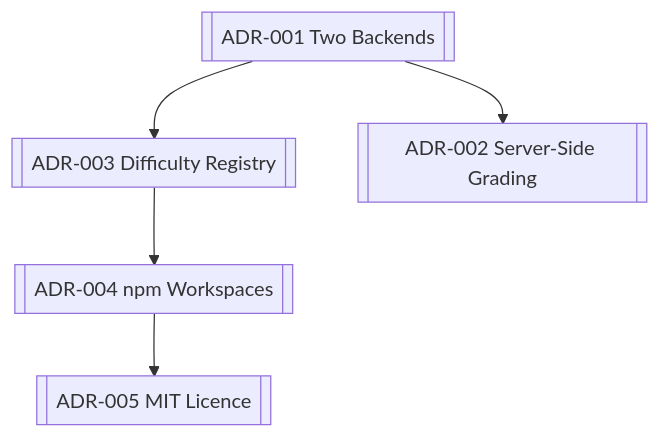
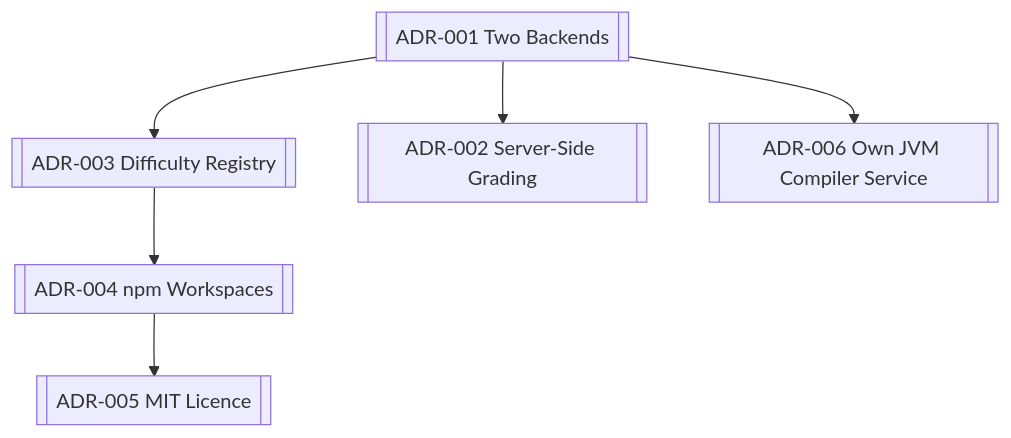
One commit to bighnesh0007/dwcode changed the diagram in docs/vault/Decisions.md. Above: the diagram before and after it, drawn with Mermaid. The commit also changed other lines of this file and 9 other files, not shown here.

````diff
--- a/docs/vault/Decisions.md
+++ b/docs/vault/Decisions.md
@@ -10,7 +10,8 @@
 ```mermaid
 graph TD
     A1[[ADR-001 Two Backends]] --> A3[[ADR-003 Difficulty Registry]]
     A3 --> A4[[ADR-004 npm Workspaces]]
     A1 --> A2[[ADR-002 Server-Side Grading]]
     A4 --> A5[[ADR-005 MIT Licence]]
+    A1 --> A6[[ADR-006 Own JVM Compiler Service]]
 ```
````
